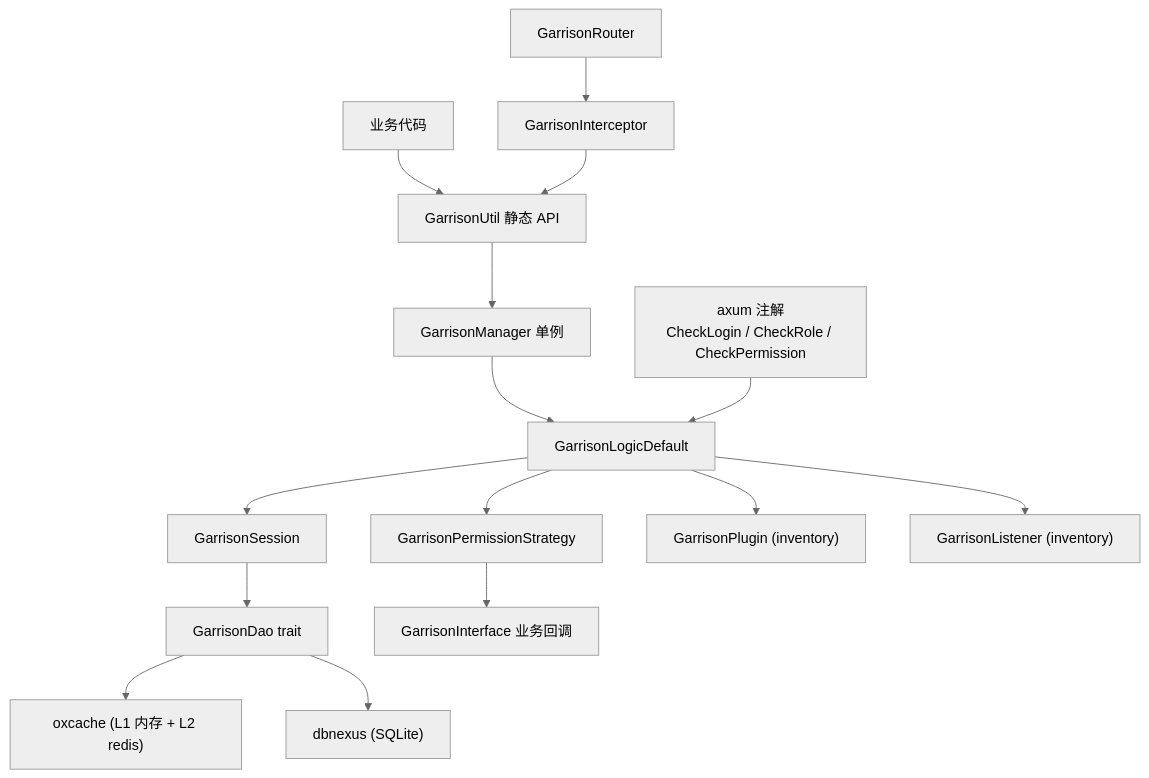
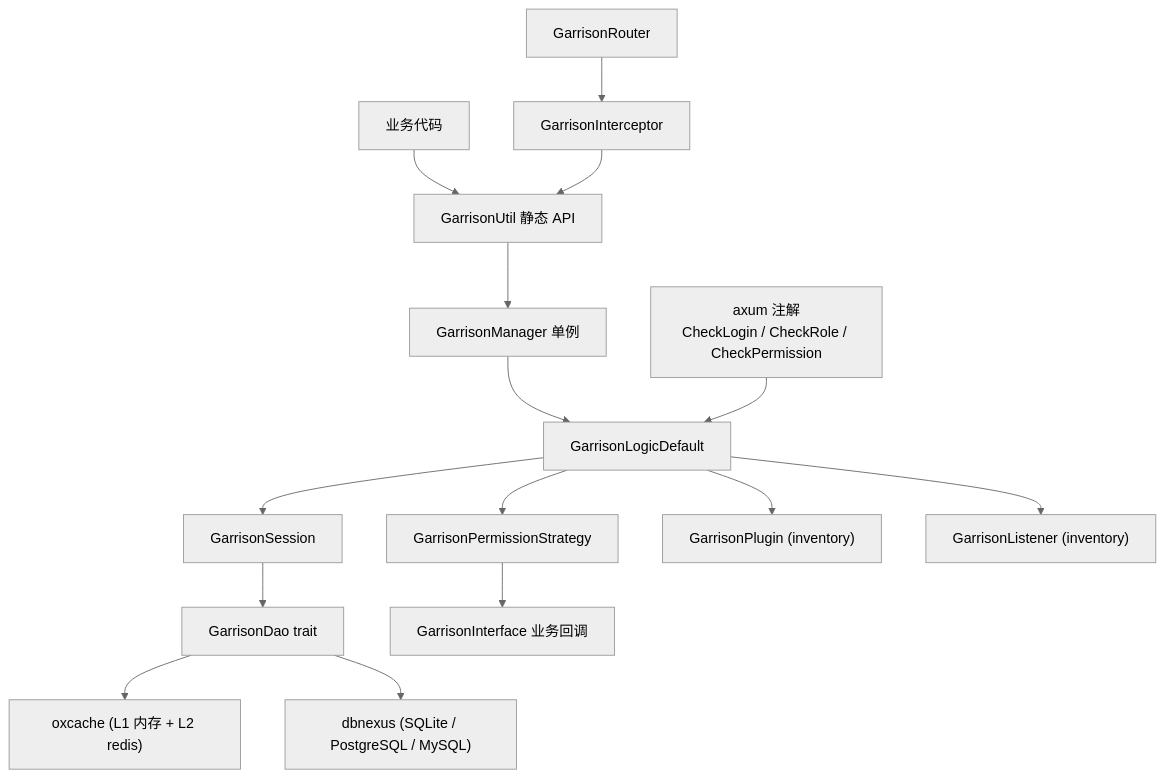
One commit to Kirky-X/garrison changed the diagram in README.md. Above: the diagram before and after it, drawn with Mermaid (neutral theme). The commit also changed other lines of this file and 7 other files, not shown here.

````diff
--- a/README.md
+++ b/README.md
@@ -150,17 +150,17 @@
 ```mermaid
 graph TD
     User["业务代码"] --> Util["GarrisonUtil 静态 API"]
     Util --> Manager["GarrisonManager 单例"]
     Manager -->     Logic["GarrisonLogicDefault"]
     Logic --> Session["GarrisonSession"]
     Logic --> Strategy["GarrisonPermissionStrategy"]
     Session --> Dao["GarrisonDao trait"]
     Strategy --> Interface["GarrisonInterface 业务回调"]
     Dao --> Oxcache["oxcache (L1 内存 + L2 redis)"]
-    Dao --> Dbnexus["dbnexus (SQLite)"]
+    Dao --> Dbnexus["dbnexus (SQLite / PostgreSQL / MySQL)"]
     Logic --> Plugin["GarrisonPlugin (inventory)"]
     Logic --> Listener["GarrisonListener (inventory)"]
     Annotation["axum 注解<br/>CheckLogin / CheckRole / CheckPermission"] --> Logic
     Router["GarrisonRouter"] --> Interceptor["GarrisonInterceptor"]
     Interceptor --> Util
 ```
````
